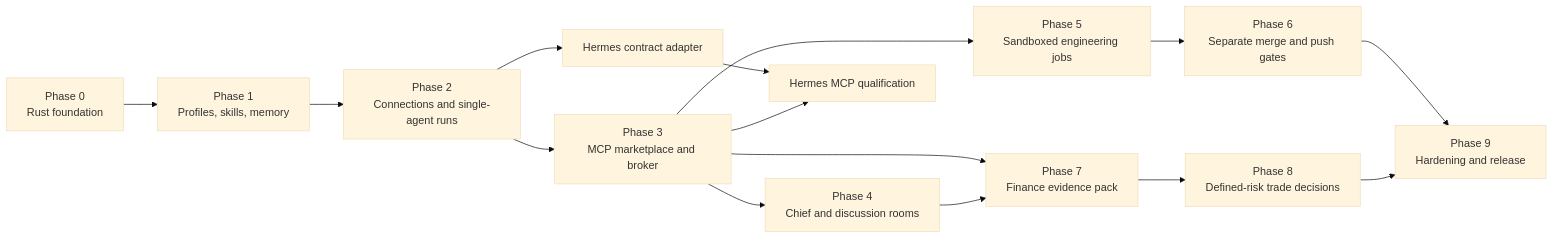
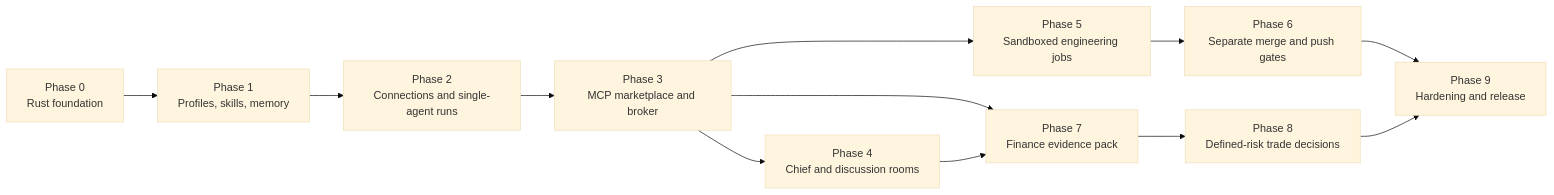
The diagram in phases.md (nsnguyen/ai-stock-forum), drawn with Mermaid (base theme) before and after one commit. The commit also changed other lines of this file and 1 other file, not shown here.

Commit message:
docs: defer Hermes beyond version 1

````diff
--- a/phases.md
+++ b/phases.md
@@ -62,21 +62,17 @@
 ```mermaid
 flowchart LR
     P0["Phase 0<br/>Rust foundation"] --> P1["Phase 1<br/>Profiles, skills, memory"]
     P1 --> P2["Phase 2<br/>Connections and single-agent runs"]
     P2 --> P3["Phase 3<br/>MCP marketplace and broker"]
     P3 --> P4["Phase 4<br/>Chief and discussion rooms"]
-
-    P2 --> PHC["Hermes contract adapter"]
-    PHC --> PHQ["Hermes MCP qualification"]
-    P3 --> PHQ
 
     P3 --> P5["Phase 5<br/>Sandboxed engineering jobs"]
     P5 --> P6["Phase 6<br/>Separate merge and push gates"]
 
     P3 --> P7["Phase 7<br/>Finance evidence pack"]
     P4 --> P7
     P7 --> P8["Phase 8<br/>Defined-risk trade decisions"]
 
     P6 --> P9["Phase 9<br/>Hardening and release"]
     P8 --> P9
 ```
````
